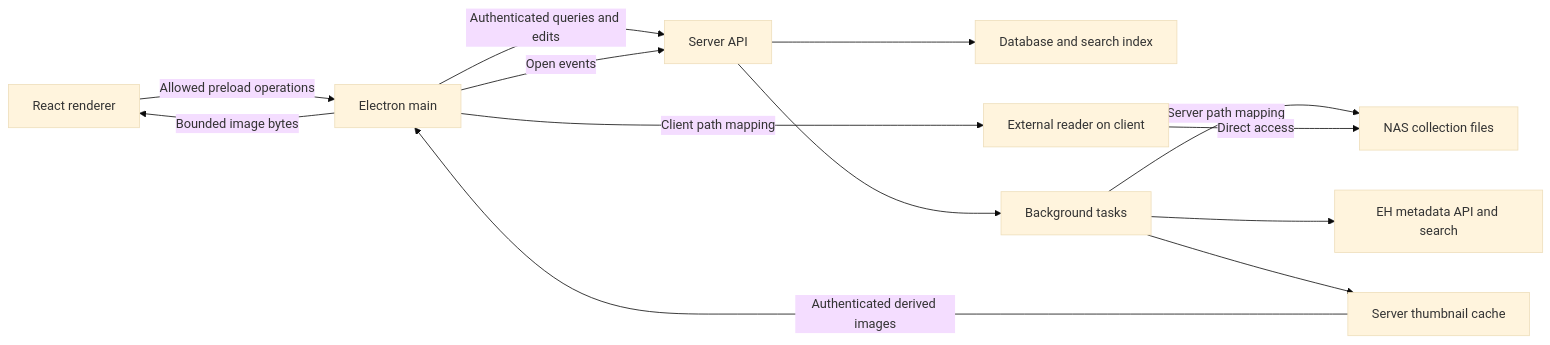
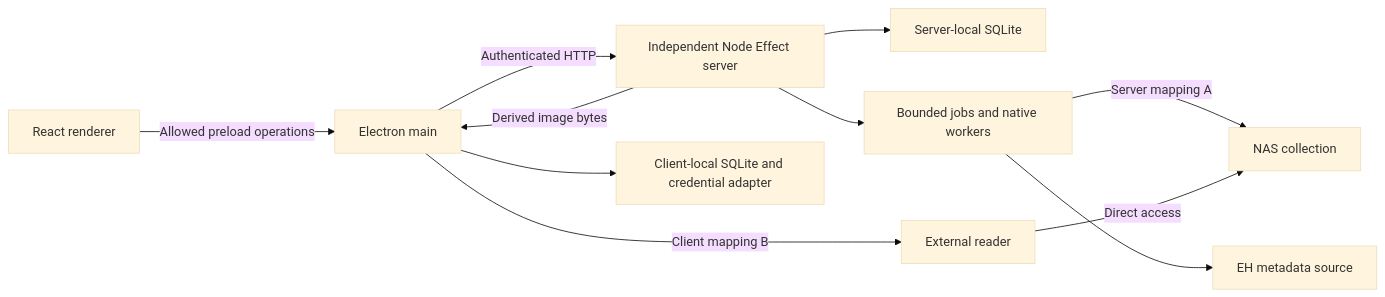
Before and after one commit to ariga39/henshin: the diagram in docs/design/architecture.md, drawn with Mermaid (base theme). The commit also changed other lines of this file and 4 other files, not shown here.

````diff
--- a/docs/design/architecture.md
+++ b/docs/design/architecture.md
@@ -9,15 +9,13 @@
 ```mermaid
 flowchart LR
     UI[React renderer] -->|Allowed preload operations| MAIN[Electron main]
-    MAIN -->|Authenticated queries and edits| API[Server API]
-    API --> DB[Database and search index]
-    API --> JOB[Background tasks]
-    JOB -->|Server path mapping| NAS[NAS collection files]
-    JOB --> EH[EH metadata API and search]
-    JOB --> THUMB[Server thumbnail cache]
-    THUMB -->|Authenticated derived images| MAIN
-    MAIN -->|Bounded image bytes| UI
-    MAIN -->|Client path mapping| READER[External reader on client]
+    MAIN -->|Authenticated HTTP| API[Independent Node Effect server]
+    API --> DB[Server-local SQLite]
+    API --> JOB[Bounded jobs and native workers]
+    JOB -->|Server mapping A| NAS[NAS collection]
+    JOB --> EH[EH metadata source]
+    API -->|Derived image bytes| MAIN
+    MAIN --> LOCAL[Client-local SQLite and credential adapter]
+    MAIN -->|Client mapping B| READER[External reader]
     READER -->|Direct access| NAS
-    MAIN -->|Open events| API
 ```
````
